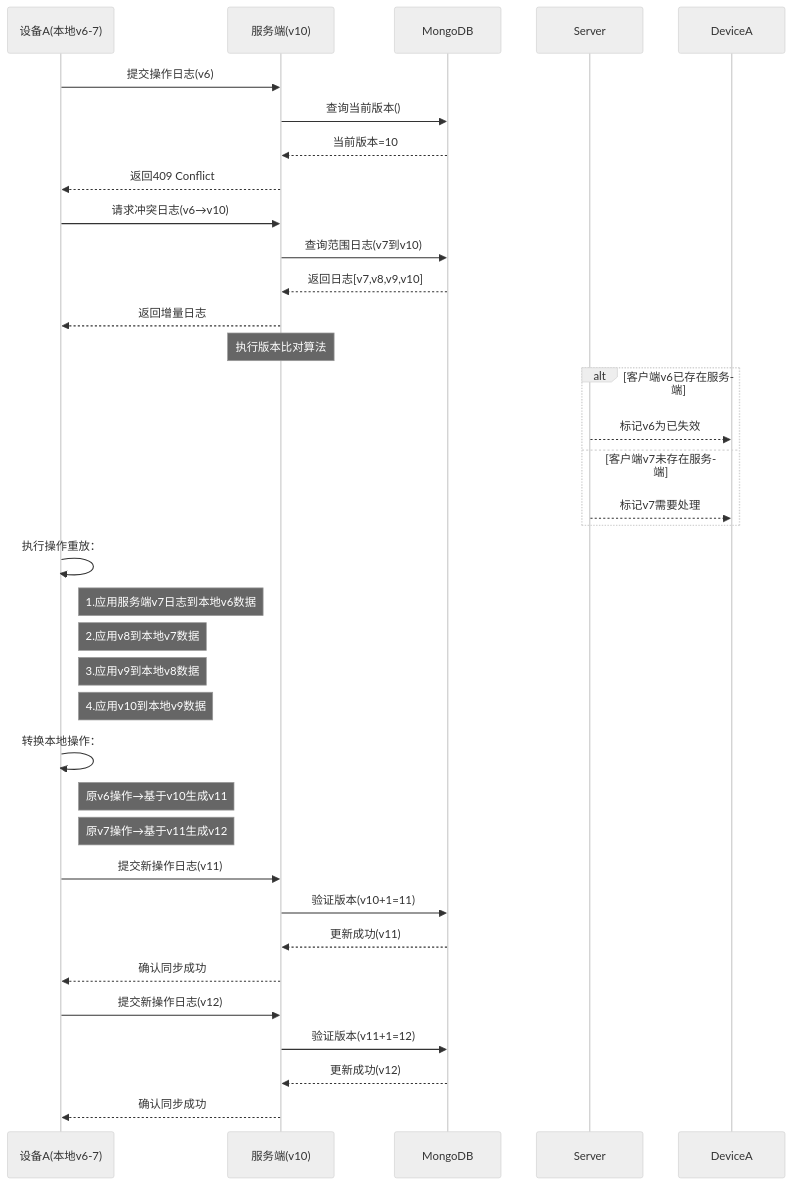
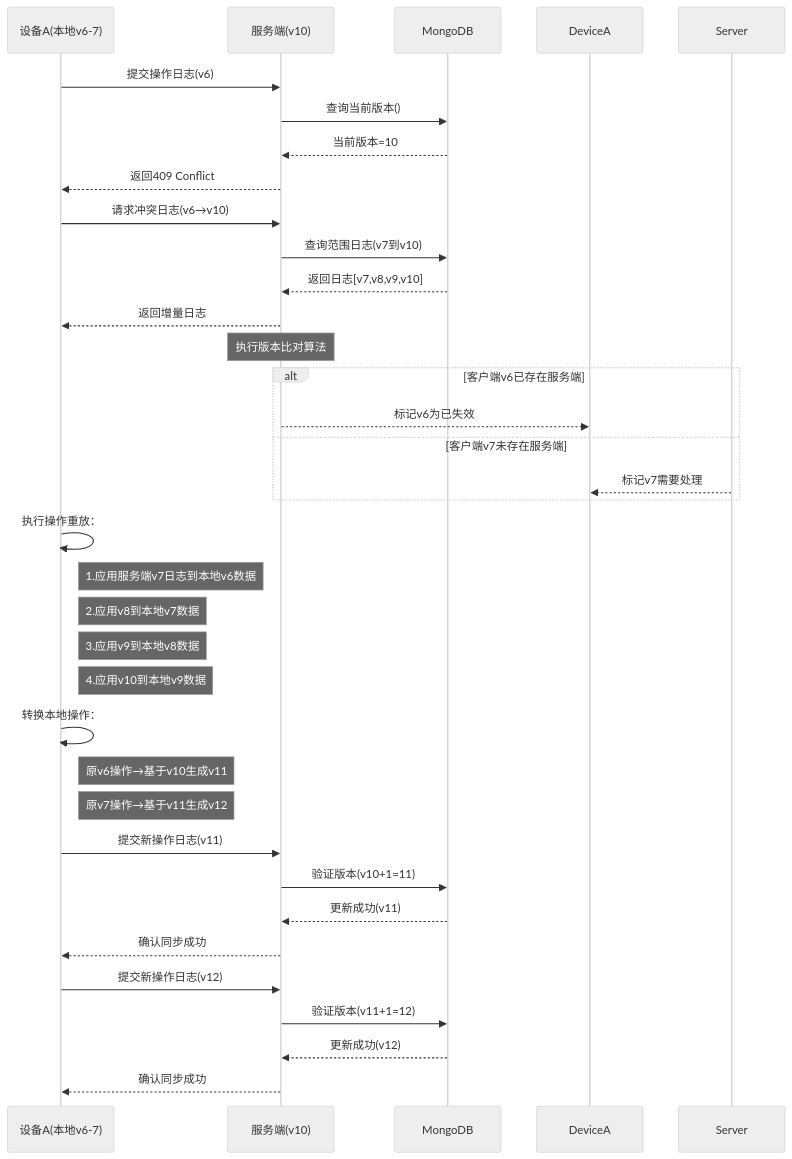
Before and after one commit to yingjianzh/iodraw-files: the diagram in all/未命名-26.md, drawn with Mermaid (neutral theme).

Commit message:
2025-02-26 16:46:17 update

````diff
--- a/all/未命名-26.md
+++ b/all/未命名-26.md
@@ -1,49 +1,49 @@
 ```mermaid
 sequenceDiagram
     participant A as 设备A(本地v6-7)
     participant S as 服务端(v10)
     participant DB as MongoDB
 
     %% 初始同步尝试
     A->>S: 提交操作日志(v6)
     S->>DB: 查询当前版本()
     DB-->>S: 当前版本=10
     S-->>A: 返回409 Conflict
 
     %% 冲突解决阶段
     A->>S: 请求冲突日志(v6→v10)
     S->>DB: 查询范围日志(v7到v10)
     DB-->>S: 返回日志[v7,v8,v9,v10]
     S-->>A: 返回增量日志
 
 
     Note over S: 执行版本比对算法
     alt 客户端v6已存在服务端
-        Server-->>DeviceA: 标记v6为已失效
+        S-->>DeviceA: 标记v6为已失效
     else 客户端v7未存在服务端
         Server-->>DeviceA: 标记v7需要处理
     end
 
     %% 本地数据重建
     A->>A: 执行操作重放：
     note right of A: 1.应用服务端v7日志到本地v6数据
     note right of A: 2.应用v8到本地v7数据
     note right of A: 3.应用v9到本地v8数据
     note right of A: 4.应用v10到本地v9数据
 
     %% 本地操作转换
     A->>A: 转换本地操作：
     note right of A: 原v6操作→基于v10生成v11
     note right of A: 原v7操作→基于v11生成v12
 
     %% 重新提交
     A->>S: 提交新操作日志(v11)
     S->>DB: 验证版本(v10+1=11)
     DB-->>S: 更新成功(v11)
     S-->>A: 确认同步成功
 
     A->>S: 提交新操作日志(v12)
     S->>DB: 验证版本(v11+1=12)
     DB-->>S: 更新成功(v12)
     S-->>A: 确认同步成功
 ```
````
